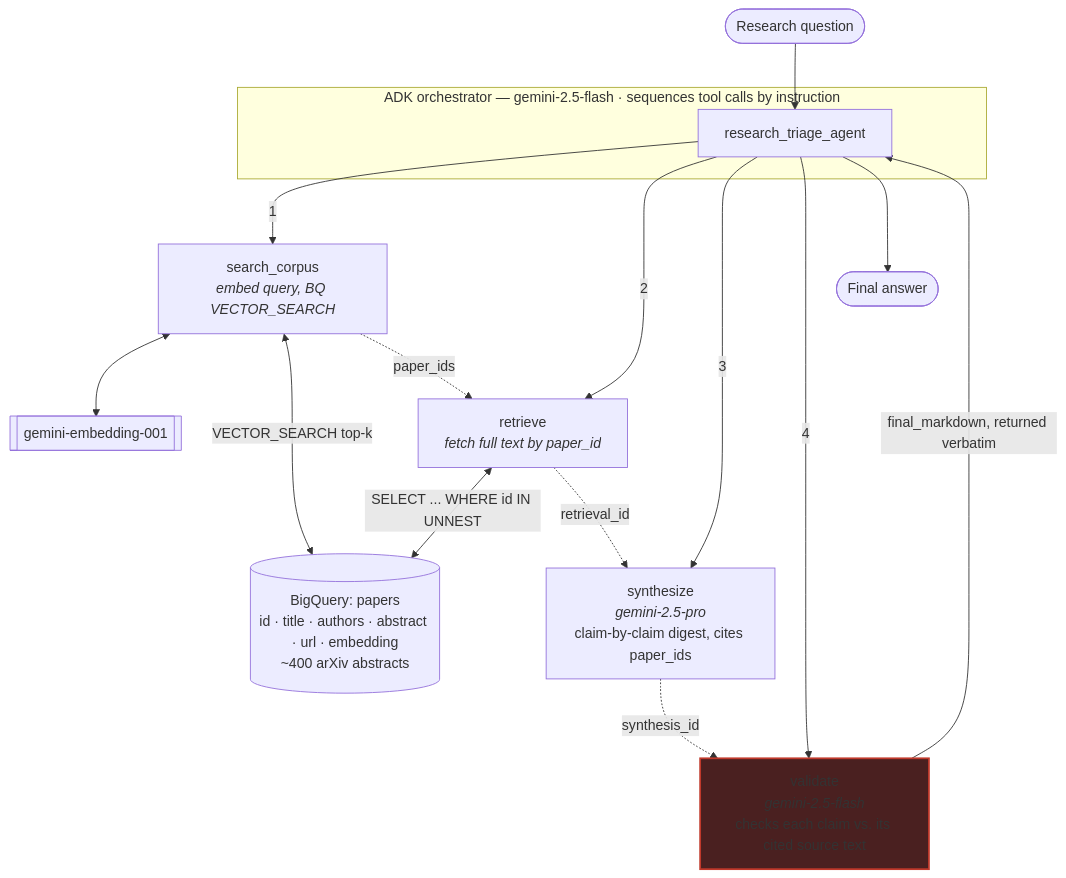
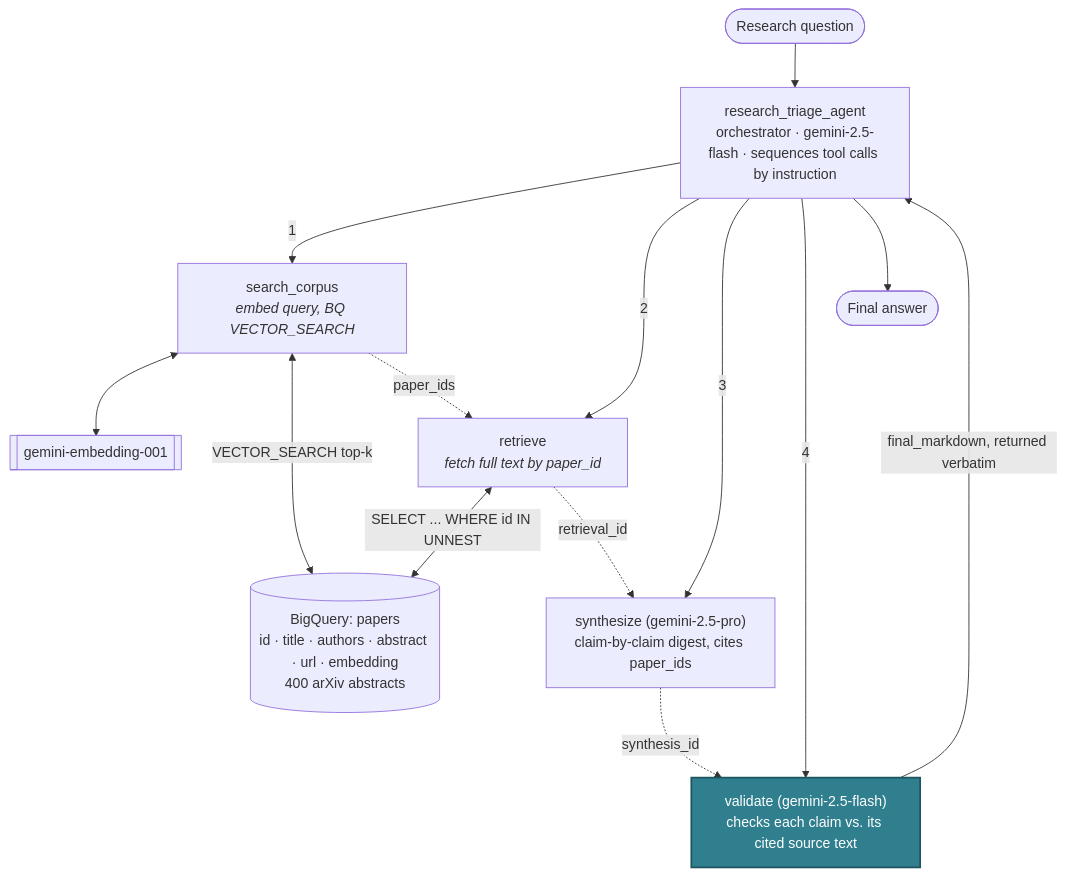
The second of 3 diagrams in README.md (curtisdarst/research-triage-agent), drawn with Mermaid before and after one commit. The commit also changed other lines of this file and 12 other files, not shown here.

````diff
--- a/README.md
+++ b/README.md
@@ -58,27 +73,23 @@
 ```mermaid
 flowchart TB
-    U(["Research question"]) --> O
-
-    subgraph Orchestrator["ADK orchestrator — gemini-2.5-flash · sequences tool calls by instruction"]
-        O["research_triage_agent"]
-    end
+    U(["Research question"]) --> O["research_triage_agent<br/>orchestrator · gemini-2.5-flash · sequences tool calls by instruction"]
 
     O -->|"1"| T1["search_corpus<br/><i>embed query, BQ VECTOR_SEARCH</i>"]
     O -->|"2"| T2["retrieve<br/><i>fetch full text by paper_id</i>"]
-    O -->|"3"| T3["synthesize<br/><i>gemini-2.5-pro</i><br/>claim-by-claim digest, cites paper_ids"]
-    O -->|"4"| T4["validate<br/><i>gemini-2.5-flash</i><br/>checks each claim vs. its cited source text"]
+    O -->|"3"| T3["synthesize (gemini-2.5-pro)<br/>claim-by-claim digest, cites paper_ids"]
+    O -->|"4"| T4["validate (gemini-2.5-flash)<br/>checks each claim vs. its cited source text"]
 
     EMB[["gemini-embedding-001"]]
     T1 <--> EMB
-    T1 <-->|"VECTOR_SEARCH top-k"| BQ[("BigQuery: papers<br/>id · title · authors · abstract · url · embedding<br/>~400 arXiv abstracts")]
+    T1 <-->|"VECTOR_SEARCH top-k"| BQ[("BigQuery: papers<br/>id · title · authors · abstract · url · embedding<br/>400 arXiv abstracts")]
     T2 <-->|"SELECT ... WHERE id IN UNNEST"| BQ
 
     T1 -.->|"paper_ids"| T2
     T2 -.->|"retrieval_id"| T3
     T3 -.->|"synthesis_id"| T4
 
     T4 -->|"final_markdown, returned verbatim"| O
     O --> A(["Final answer"])
 
-    style T4 fill:#4a2020,stroke:#c0392b,stroke-width:2px
+    style T4 fill:#2f7f8f,color:#fff,stroke:#1f5560,stroke-width:2px
 ```
````
